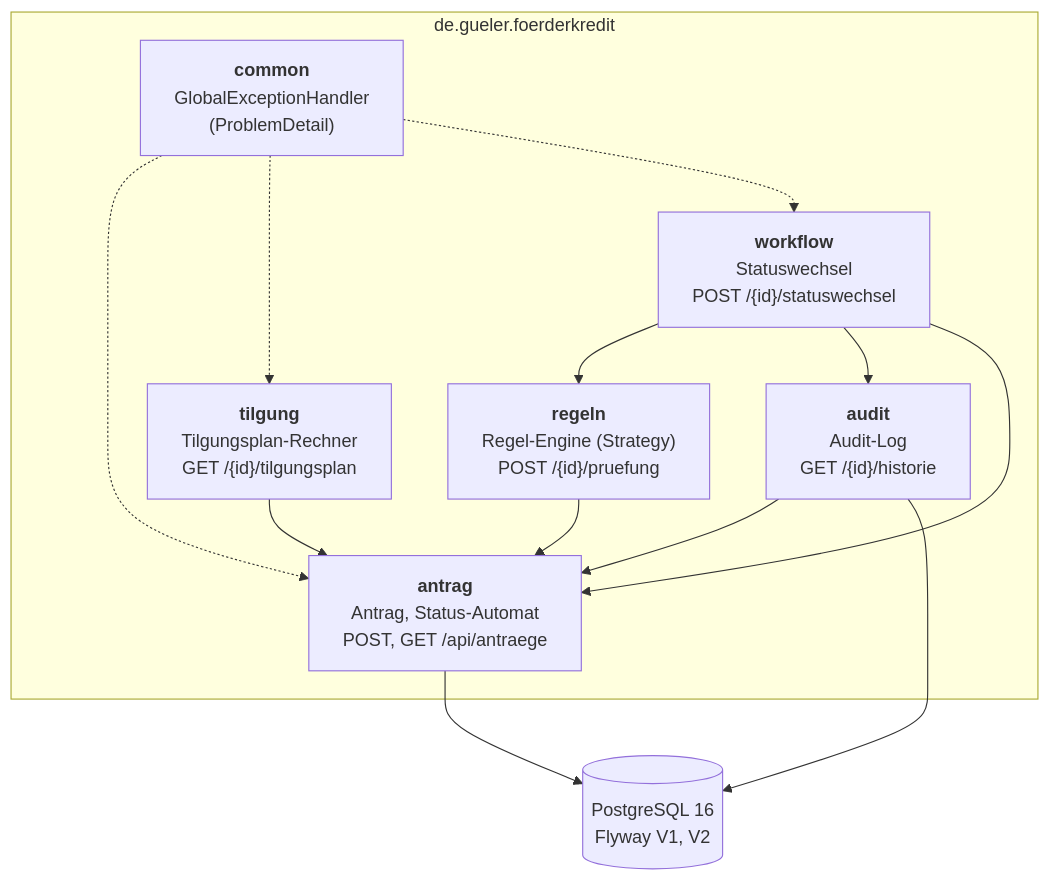
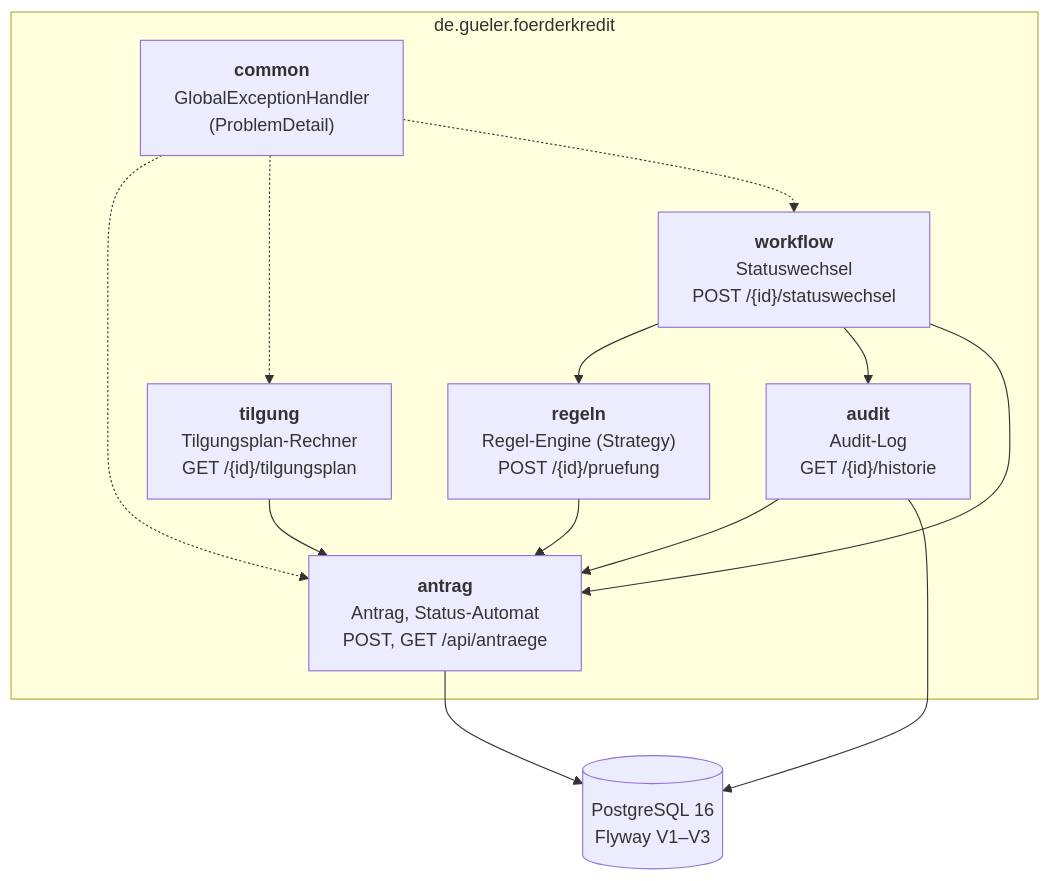
One commit to fatihgueler/foerderkredit-service changed the first of 2 diagrams in README.md. Above: the diagram before and after it, drawn with Mermaid. The commit also changed other lines of this file and 6 other files, not shown here.

````diff
--- a/README.md
+++ b/README.md
@@ -34,24 +34,24 @@
 ```mermaid
 flowchart TD
     subgraph de.gueler.foerderkredit
         workflow["<b>workflow</b><br/>Statuswechsel<br/>POST /{id}/statuswechsel"]
         regeln["<b>regeln</b><br/>Regel-Engine (Strategy)<br/>POST /{id}/pruefung"]
         tilgung["<b>tilgung</b><br/>Tilgungsplan-Rechner<br/>GET /{id}/tilgungsplan"]
         audit["<b>audit</b><br/>Audit-Log<br/>GET /{id}/historie"]
         antrag["<b>antrag</b><br/>Antrag, Status-Automat<br/>POST, GET /api/antraege"]
         common["<b>common</b><br/>GlobalExceptionHandler<br/>(ProblemDetail)"]
     end
 
     workflow --> regeln
     workflow --> audit
     workflow --> antrag
     regeln --> antrag
     tilgung --> antrag
     audit --> antrag
     common -.-> antrag
     common -.-> tilgung
     common -.-> workflow
 
-    antrag --> db[(PostgreSQL 16<br/>Flyway V1, V2)]
+    antrag --> db[(PostgreSQL 16<br/>Flyway V1–V3)]
     audit --> db
 ```
````
